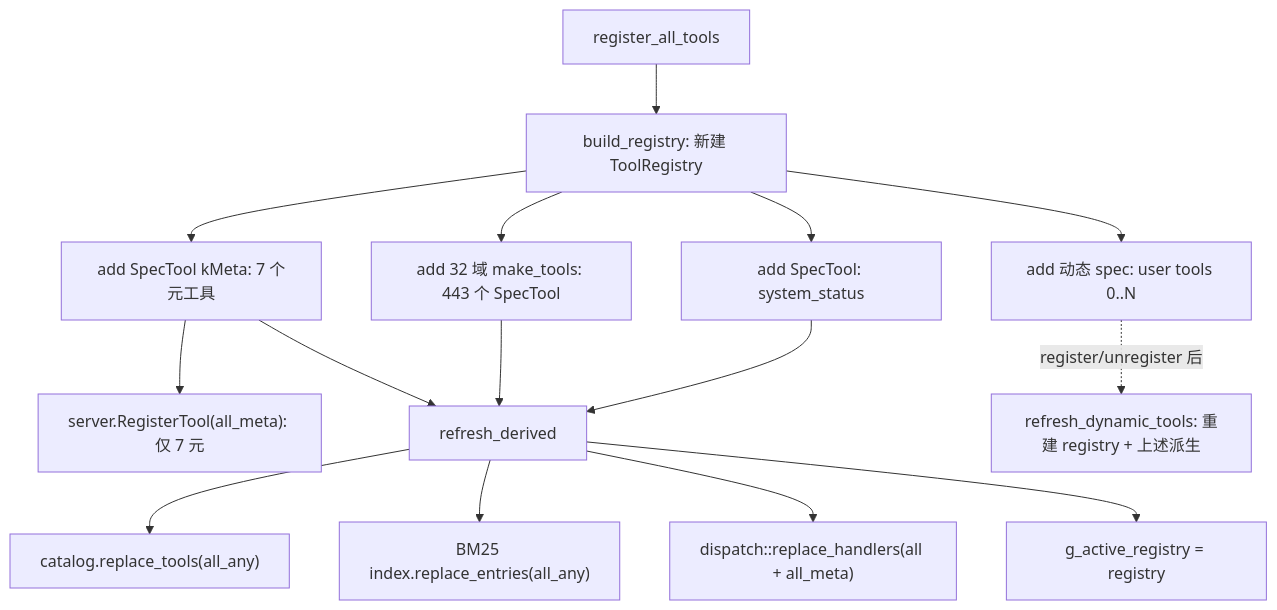
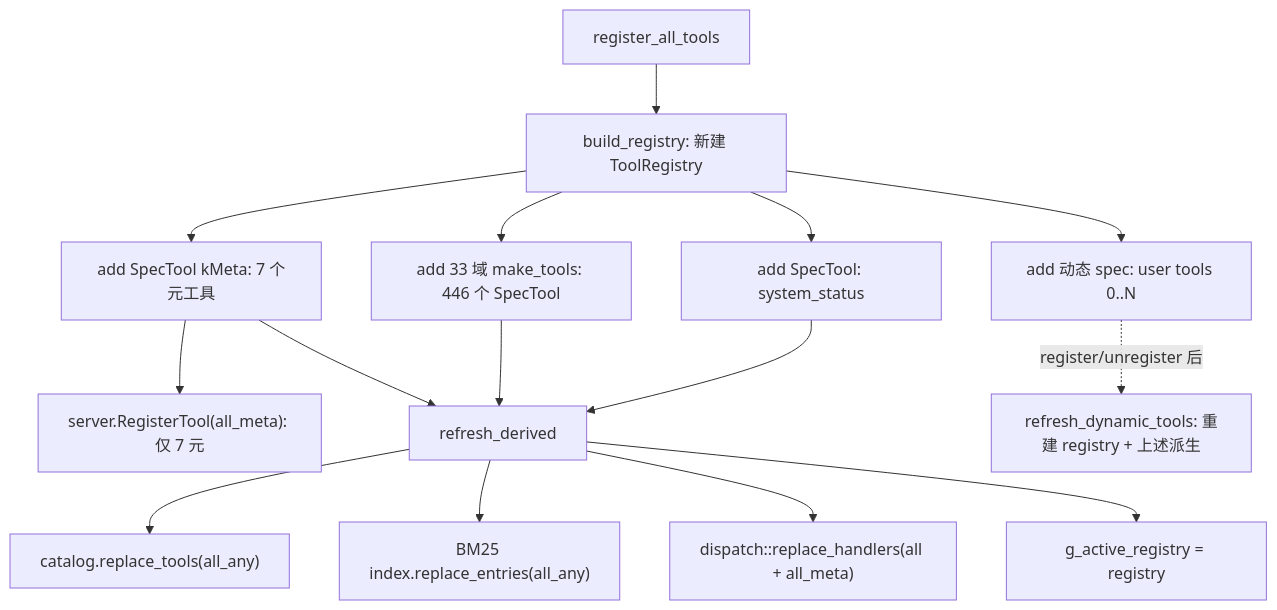
Before and after one commit to jesspig/Godot-Autopilot: the diagram in docs/wiki/modules/tools_registry.md, drawn with Mermaid. The commit also changed other lines of this file and 19 other files, not shown here.

````diff
--- a/docs/wiki/modules/tools_registry.md
+++ b/docs/wiki/modules/tools_registry.md
@@ -23,17 +23,17 @@
 ```mermaid
 flowchart TD
     A["register_all_tools"] --> B["build_registry: 新建 ToolRegistry"]
     B --> C["add SpecTool: system_status"]
-    B --> D["add 32 域 make_tools: 443 个 SpecTool"]
+    B --> D["add 33 域 make_tools: 446 个 SpecTool"]
     B --> E["add SpecTool kMeta: 7 个元工具"]
     B --> F["add 动态 spec: user tools 0..N"]
     E --> G["server.RegisterTool(all_meta): 仅 7 元"]
     C --> H["refresh_derived"]
     D --> H
     E --> H
     H --> I["catalog.replace_tools(all_any)"]
     H --> J["BM25 index.replace_entries(all_any)"]
     H --> K["dispatch::replace_handlers(all + all_meta)"]
     H --> L["g_active_registry = registry"]
     F -. "register/unregister 后" .-> M["refresh_dynamic_tools: 重建 registry + 上述派生"]
 ```
````
